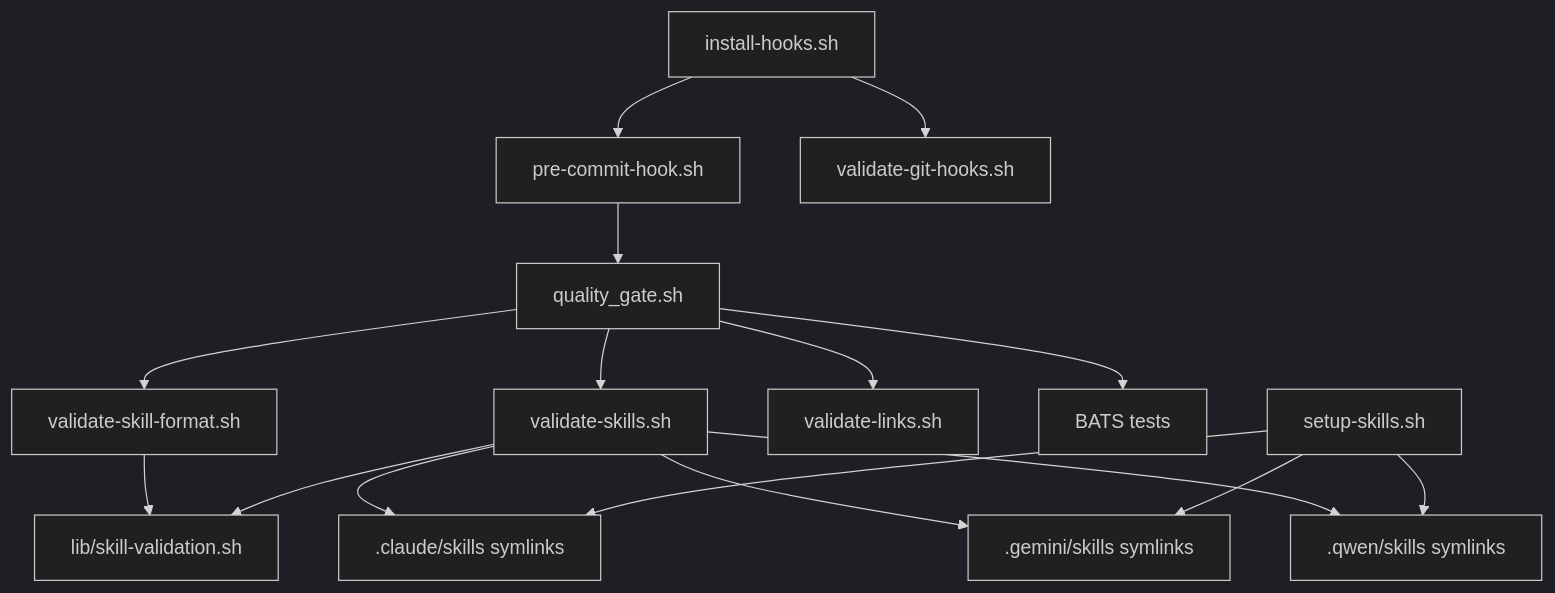
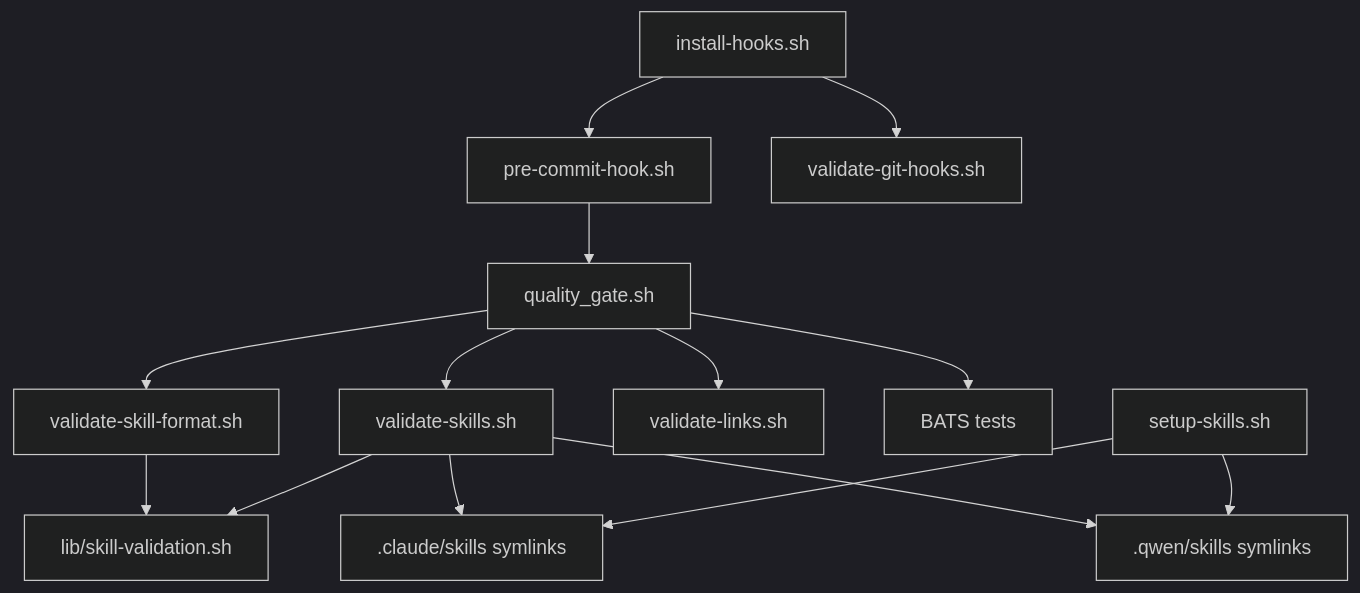
Before and after one commit to d-o-hub/github-template-ai-agents: the diagram in agents-docs/SCRIPTS.md, drawn with Mermaid (dark theme). The commit also changed 106 other files, not shown here.

First line of the commit message:
chore: remove .gemini/skills symlinks (#335)

````diff
--- a/agents-docs/SCRIPTS.md
+++ b/agents-docs/SCRIPTS.md
@@ -76,18 +76,16 @@
 ```mermaid
 graph TD
     A[quality_gate.sh] --> B[validate-skills.sh]
     A --> C[validate-skill-format.sh]
     A --> D[validate-links.sh]
     A --> E[BATS tests]
     B --> F[lib/skill-validation.sh]
     C --> F
     G[install-hooks.sh] --> H[pre-commit-hook.sh]
     G --> I[validate-git-hooks.sh]
     H --> A
     J[setup-skills.sh] --> K[.claude/skills symlinks]
-    J --> L[.gemini/skills symlinks]
     J --> M[.qwen/skills symlinks]
     B --> K
-    B --> L
     B --> M
 ```
````
